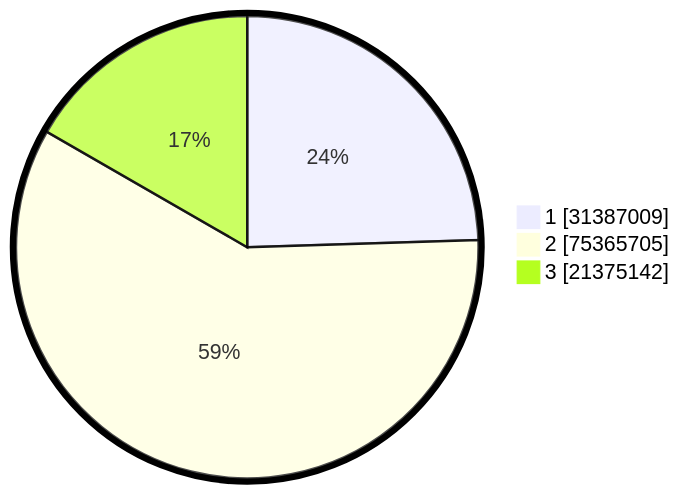
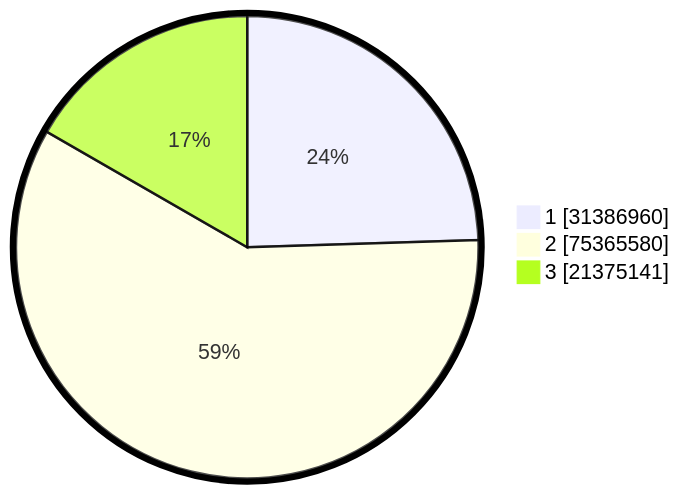
Before and after one commit to gigit-pemilu/pemilu-2024: the second of 2 diagrams in pilpres/hitung-suara/README.md, drawn with Mermaid. The commit also changed other lines of this file and 5 other files, not shown here.

````diff
--- a/pilpres/hitung-suara/README.md
+++ b/pilpres/hitung-suara/README.md
@@ -93,7 +93,7 @@
 ```mermaid
 %%{init: {"pie": {"textPosition": 0.5}, "themeVariables": {"pieOuterStrokeWidth": "5px"}} }%%
 pie showData
-    "1" : 31387009
-    "2" : 75365705
-    "3" : 21375142
+    "1" : 31386960
+    "2" : 75365580
+    "3" : 21375141
 ```
````
